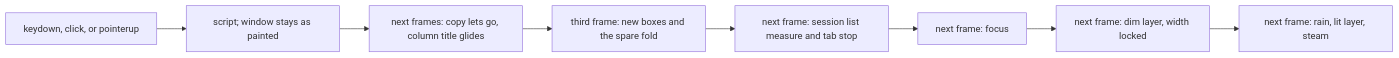
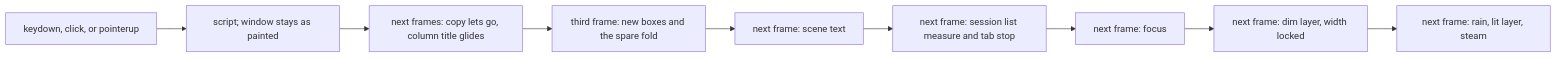
One commit to nessalabs/nessa-agent changed the second of 2 diagrams in docs/design/pane-frame-budget.md. Above: the diagram before and after it, drawn with Mermaid. The commit also changed other lines of this file and 3 other files, not shown here.

First line of the commit message:
Restyle the session list after the scene text returns.

````diff
--- a/docs/design/pane-frame-budget.md
+++ b/docs/design/pane-frame-budget.md
@@ -142,10 +143,11 @@
 ```mermaid
 flowchart LR
   input["keydown, click, or pointerup"] --> script["script; window stays as painted"]
   script --> glide["next frames: copy lets go, column title glides"]
   glide --> boxes["third frame: new boxes and the spare fold"]
-  boxes --> list["next frame: session list measure and tab stop"]
+  boxes --> scene["next frame: scene text"]
+  scene --> list["next frame: session list measure and tab stop"]
   list --> focus["next frame: focus"]
   focus --> dim["next frame: dim layer, width locked"]
   dim --> rest["next frame: rain, lit layer, steam"]
 ```
````
